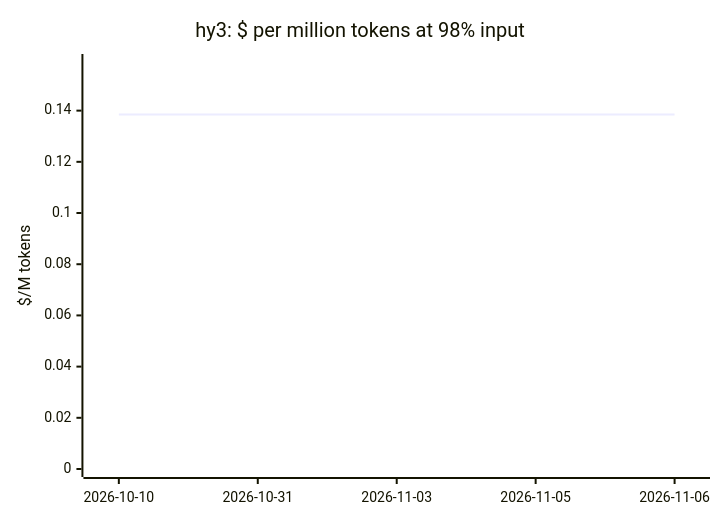
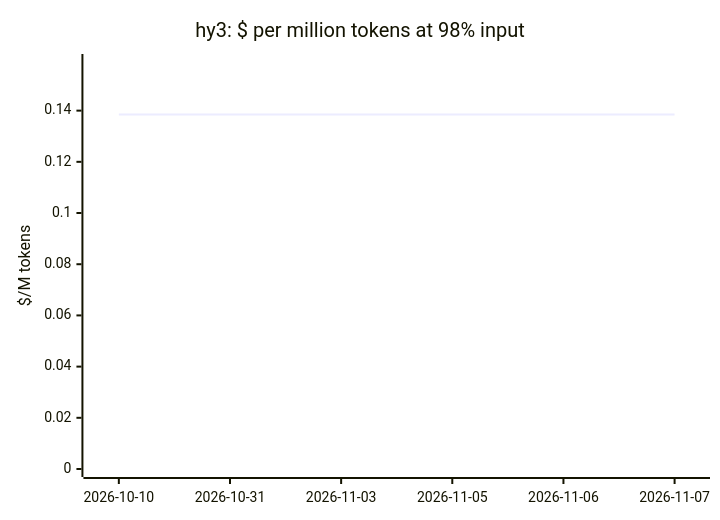
One commit to cklukas/OMEGA_TRANSFORM changed diagram 17 of 20 in docs/openrouter-models.md. Above: the diagram before and after it, drawn with Mermaid. The commit also changed other lines of this file and 68 other files, not shown here.

````diff
--- a/docs/openrouter-models.md
+++ b/docs/openrouter-models.md
@@ -294,7 +283,7 @@
 ```mermaid
 xychart-beta
     title "hy3: $ per million tokens at 98% input"
-    x-axis ["2026-10-10", "2026-10-31", "2026-11-03", "2026-11-05", "2026-11-06"]
+    x-axis ["2026-10-10", "2026-10-31", "2026-11-03", "2026-11-05", "2026-11-06", "2026-11-07"]
     y-axis "$/M tokens" 0 --> 0.159
-    line [0.1385, 0.1385, 0.1385, 0.1385, 0.1385]
+    line [0.1385, 0.1385, 0.1385, 0.1385, 0.1385, 0.1385]
 ```
````
